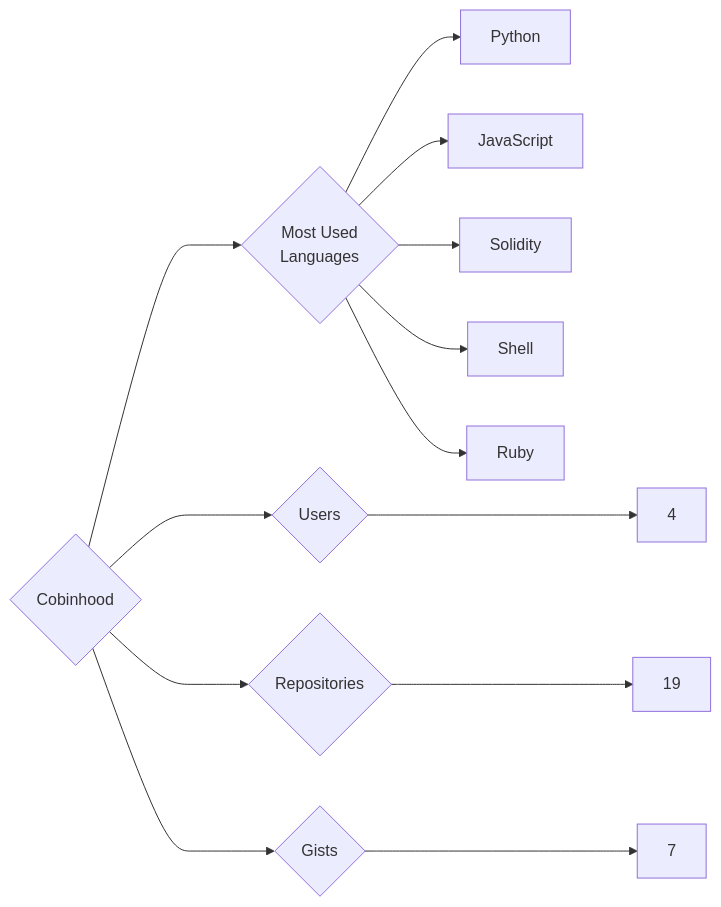
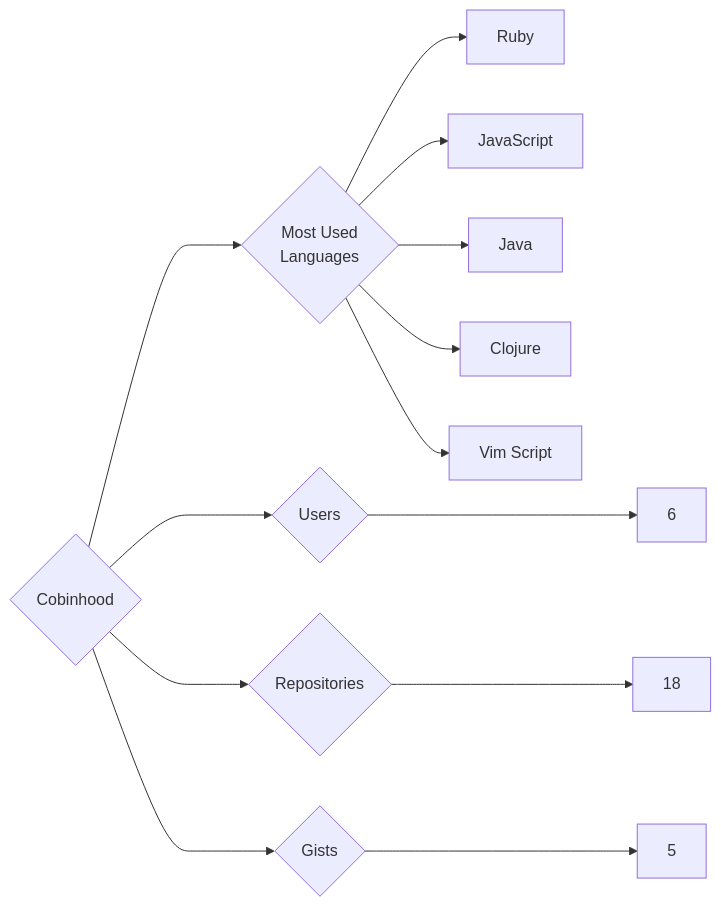
The diagram in targets/Cobinhood/README.md (trickest/insiders), drawn with Mermaid before and after one commit. The commit also changed 1089 other files, not shown here.

````diff
--- a/targets/Cobinhood/README.md
+++ b/targets/Cobinhood/README.md
@@ -3,13 +3,13 @@
 ```mermaid
 graph LR
 COMPANY_NAME{Cobinhood}
-COMPANY_NAME ---> U{Users} ---> UN[4]
-COMPANY_NAME ---> R{Repositories} ---> RN[19]
-COMPANY_NAME ---> G{Gists} ---> GN[7]
+COMPANY_NAME ---> U{Users} ---> UN[6]
+COMPANY_NAME ---> R{Repositories} ---> RN[18]
+COMPANY_NAME ---> G{Gists} ---> GN[5]
 COMPANY_NAME ---> ML{Most Used<br>Languages}
-ML --> Python[Python]
+ML --> Ruby[Ruby]
 ML --> JavaScript[JavaScript]
-ML --> Solidity[Solidity]
-ML --> Shell[Shell]
-ML --> Ruby[Ruby]
+ML --> Java[Java]
+ML --> Clojure[Clojure]
+ML --> Vim_Script[Vim Script]
 ```
````
